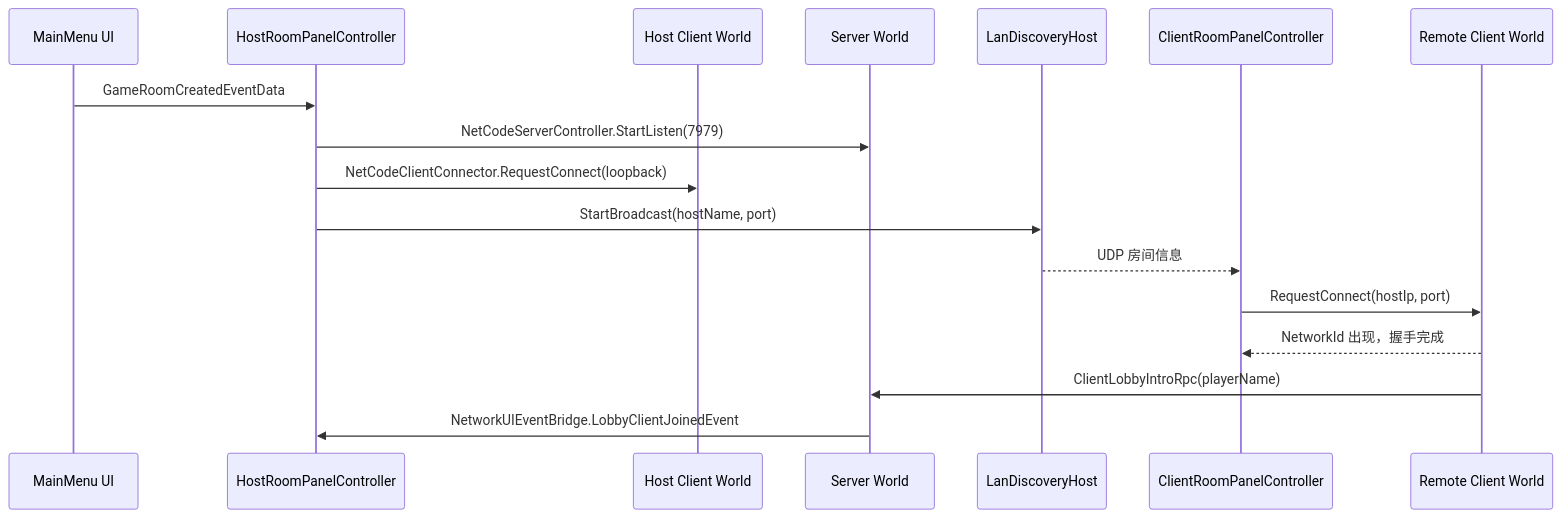
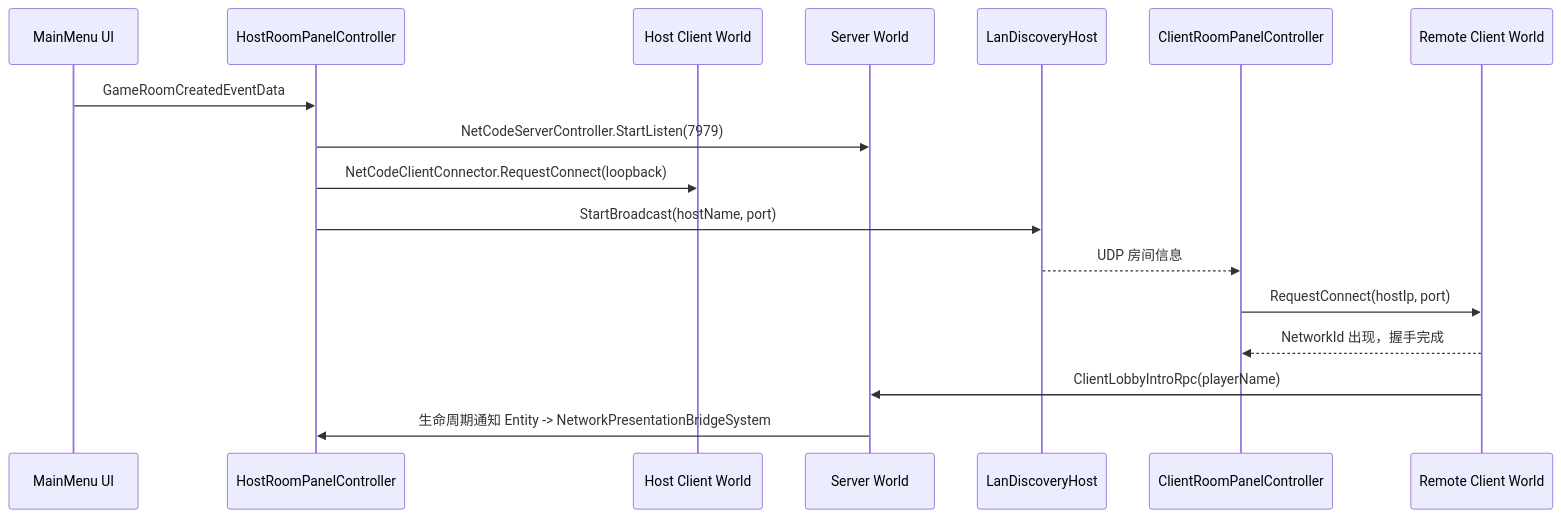
Before and after one commit to mcaswen/AnimarsCatcher: the second of 4 diagrams in docs/Architecture/04_StartupAndMatchFlow.md, drawn with Mermaid. The commit also changed other lines of this file and 119 other files, not shown here.

````diff
--- a/docs/Architecture/04_StartupAndMatchFlow.md
+++ b/docs/Architecture/04_StartupAndMatchFlow.md
@@ -44,20 +44,20 @@
 ```mermaid
 sequenceDiagram
     participant Menu as MainMenu UI
     participant HostUI as HostRoomPanelController
     participant HostClient as Host Client World
     participant Server as Server World
     participant LAN as LanDiscoveryHost
     participant RemoteUI as ClientRoomPanelController
     participant Remote as Remote Client World
 
     Menu->>HostUI: GameRoomCreatedEventData
     HostUI->>Server: NetCodeServerController.StartListen(7979)
     HostUI->>HostClient: NetCodeClientConnector.RequestConnect(loopback)
     HostUI->>LAN: StartBroadcast(hostName, port)
     LAN-->>RemoteUI: UDP 房间信息
     RemoteUI->>Remote: RequestConnect(hostIp, port)
     Remote-->>RemoteUI: NetworkId 出现，握手完成
     Remote->>Server: ClientLobbyIntroRpc(playerName)
-    Server->>HostUI: NetworkUIEventBridge.LobbyClientJoinedEvent
+    Server->>HostUI: 生命周期通知 Entity -> NetworkPresentationBridgeSystem
 ```
````
